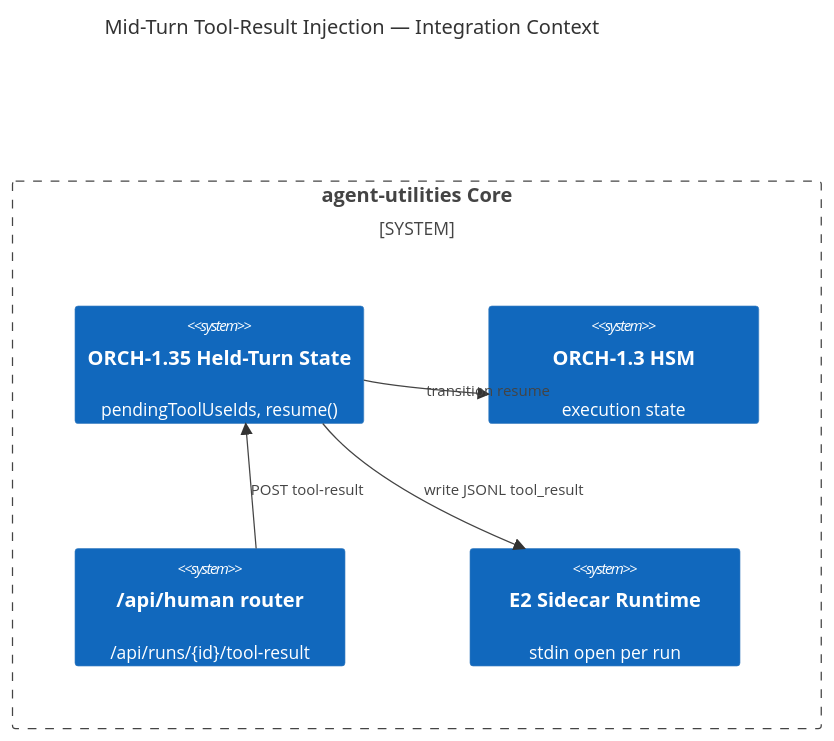
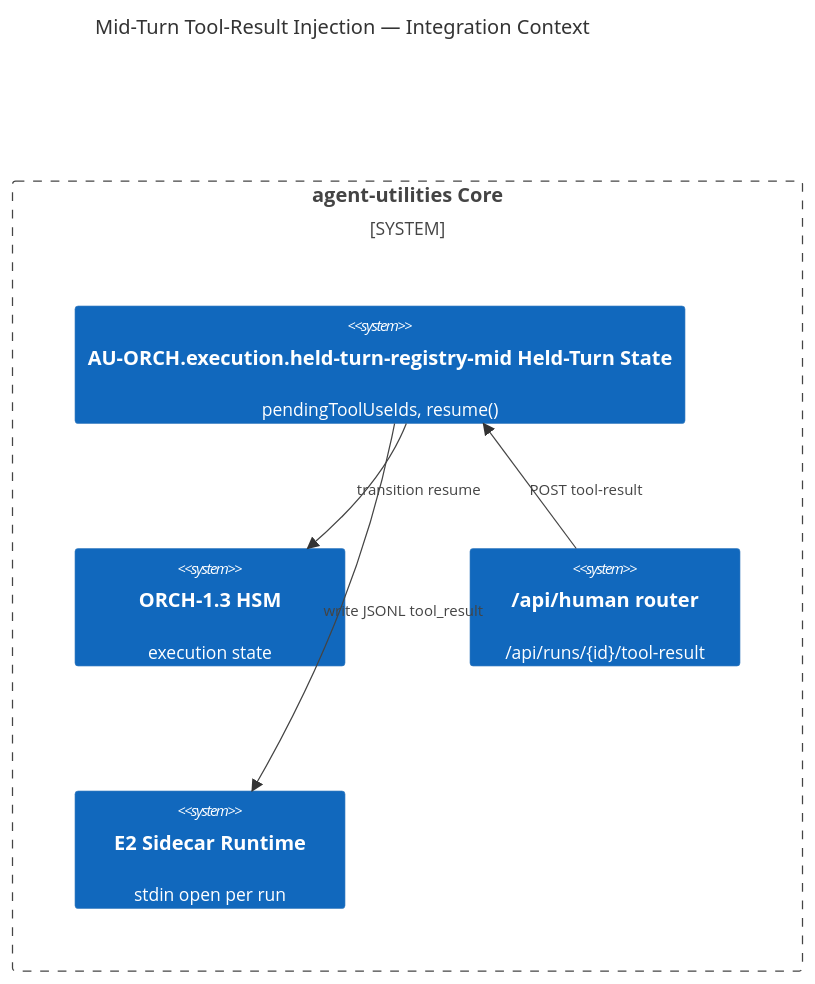
Before and after one commit to Knuckles-Team/agent-utilities: the diagram in .specify/design/orch-1.35-midturn-tool-result-injection/design.md, drawn with Mermaid. The commit also changed other lines of this file and 2324 other files, not shown here.

````diff
--- a/.specify/design/orch-1.35-midturn-tool-result-injection/design.md
+++ b/.specify/design/orch-1.35-midturn-tool-result-injection/design.md
@@ -51,13 +51,13 @@
 ```mermaid
 C4Context
     title Mid-Turn Tool-Result Injection — Integration Context
     System_Boundary(b1, "agent-utilities Core") {
-        System(hold, "ORCH-1.35 Held-Turn State", "pendingToolUseIds, resume()")
+        System(hold, "AU-ORCH.execution.held-turn-registry-mid Held-Turn State", "pendingToolUseIds, resume()")
         System(hsm, "ORCH-1.3 HSM", "execution state")
         System(human, "/api/human router", "/api/runs/{id}/tool-result")
         System(sidecar, "E2 Sidecar Runtime", "stdin open per run")
     }
     Rel(human, hold, "POST tool-result")
     Rel(hold, hsm, "transition resume")
     Rel(hold, sidecar, "write JSONL tool_result")
 ```
````
